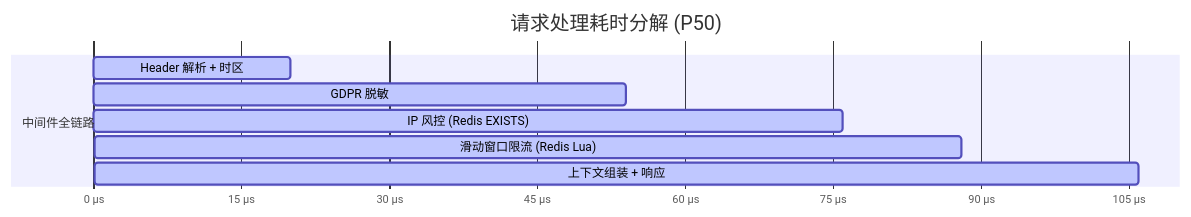
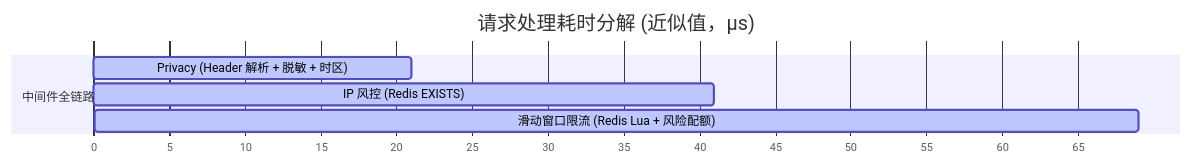
The diagram in README.md (Vierblatt/rate-limit-guard), drawn with Mermaid before and after one commit. The commit also changed other lines of this file, not shown here.

````diff
--- a/README.md
+++ b/README.md
@@ -139,13 +161,11 @@
 ```mermaid
 gantt
-    title 请求处理耗时分解 (P50)
+    title 请求处理耗时分解 (近似值，µs)
     dateFormat X
-    axisFormat %s µs
+    axisFormat %s
 
     section 中间件全链路
-    Header 解析 + 时区             :active, a1, 0, 20
-    GDPR 脱敏                      :active, a2, 20, 54
-    IP 风控 (Redis EXISTS)        :active, a3, 54, 76
-    滑动窗口限流 (Redis Lua)      :active, a4, 76, 88
-    上下文组装 + 响应             :active, a5, 88, 106
+    Privacy (Header 解析 + 脱敏 + 时区)   :active, a1, 0, 21
+    IP 风控 (Redis EXISTS)                :active, a2, 21, 41
+    滑动窗口限流 (Redis Lua + 风险配额)   :active, a3, 41, 69
 ```
````
